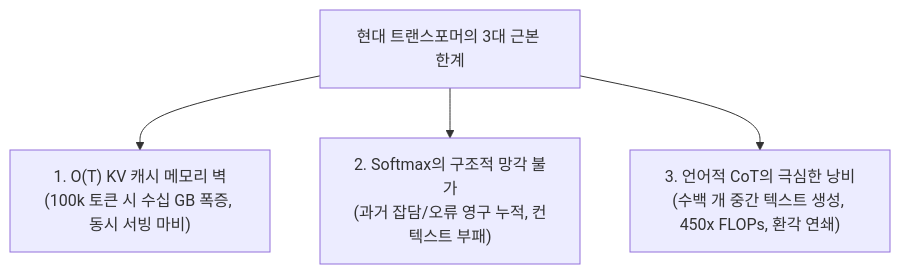
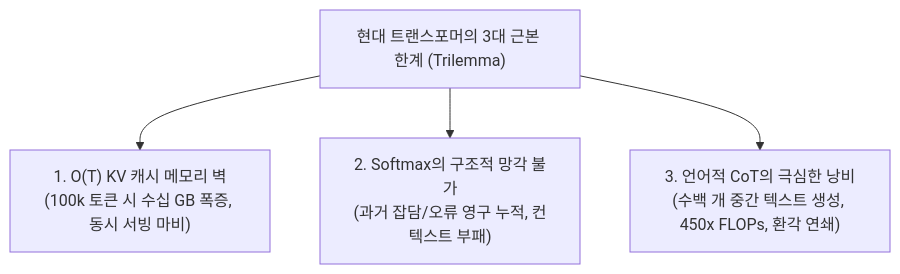
Before and after one commit to esp-vt/hokie: the diagram in paper/PAPER_KOREAN.md, drawn with Mermaid. The commit also changed other lines of this file and 1 other file, not shown here.

````diff
--- a/paper/PAPER_KOREAN.md
+++ b/paper/PAPER_KOREAN.md
@@ -33,6 +36,6 @@
 ```mermaid
 graph TD
-    A["현대 트랜스포머의 3대 근본 한계"] --> B["1. O(T) KV 캐시 메모리 벽\n(100k 토큰 시 수십 GB 폭증, 동시 서빙 마비)"]
+    A["현대 트랜스포머의 3대 근본 한계 (Trilemma)"] --> B["1. O(T) KV 캐시 메모리 벽\n(100k 토큰 시 수십 GB 폭증, 동시 서빙 마비)"]
     A --> C["2. Softmax의 구조적 망각 불가\n(과거 잡담/오류 영구 누적, 컨텍스트 부패)"]
     A --> D["3. 언어적 CoT의 극심한 낭비\n(수백 개 중간 텍스트 생성, 450x FLOPs, 환각 연쇄)"]
 ```
````
